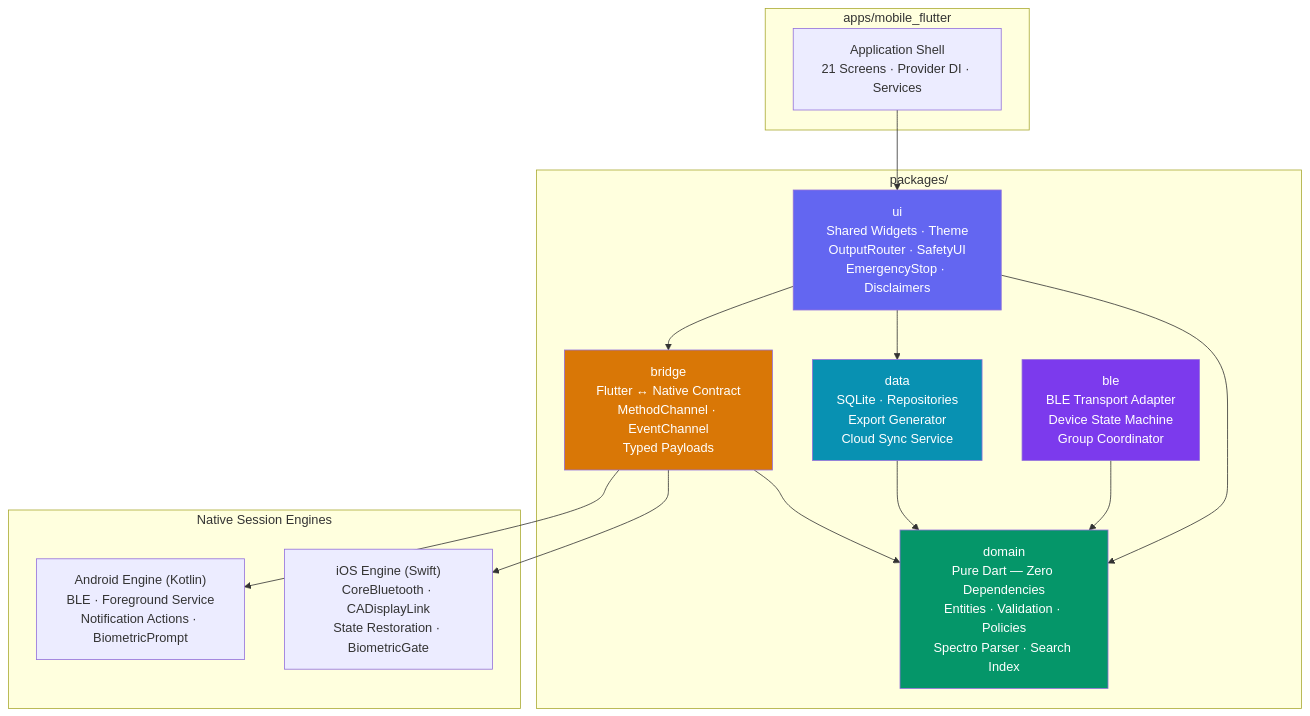
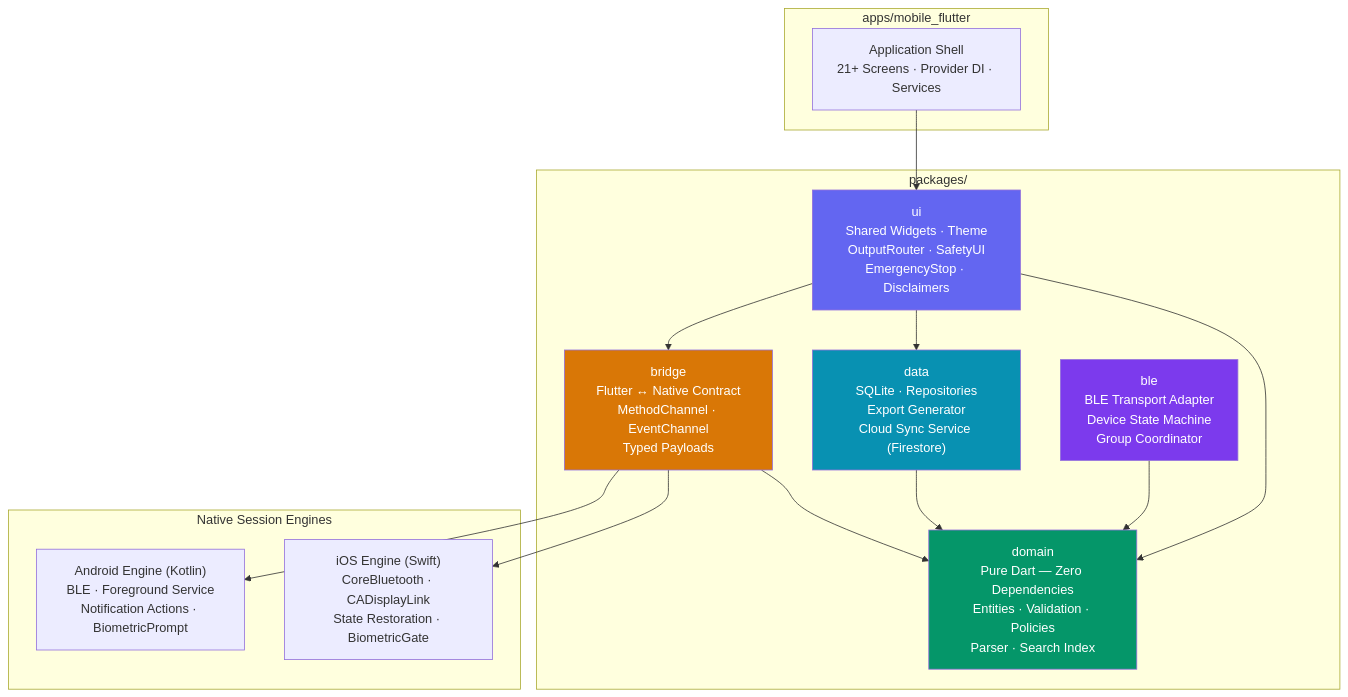
The first of 2 diagrams in LightRoutines/README.md (MILTONADINA/Private-Projects-Portfolio-Showcase), drawn with Mermaid before and after one commit. The commit also changed other lines of this file and 2 other files, not shown here.

Commit message:
Light Routines: rewrite to engineering-neutral framing, accurate test count, honest cloud-sync status

````diff
--- a/LightRoutines/README.md
+++ b/LightRoutines/README.md
@@ -49,33 +46,33 @@
 ```mermaid
 graph TB
     subgraph App["apps/mobile_flutter"]
-        AppShell["Application Shell<br/>21 Screens · Provider DI · Services"]
+        AppShell["Application Shell<br/>21+ Screens · Provider DI · Services"]
     end
 
     subgraph Packages["packages/"]
         UI["ui<br/>Shared Widgets · Theme<br/>OutputRouter · SafetyUI<br/>EmergencyStop · Disclaimers"]
-        Domain["domain<br/>Pure Dart — Zero Dependencies<br/>Entities · Validation · Policies<br/>Spectro Parser · Search Index"]
-        Data["data<br/>SQLite · Repositories<br/>Export Generator<br/>Cloud Sync Service"]
+        Domain["domain<br/>Pure Dart — Zero Dependencies<br/>Entities · Validation · Policies<br/>Parser · Search Index"]
+        Data["data<br/>SQLite · Repositories<br/>Export Generator<br/>Cloud Sync Service (Firestore)"]
         Bridge["bridge<br/>Flutter ↔ Native Contract<br/>MethodChannel · EventChannel<br/>Typed Payloads"]
         BLE["ble<br/>BLE Transport Adapter<br/>Device State Machine<br/>Group Coordinator"]
     end
 
     subgraph Native["Native Session Engines"]
         iOS["iOS Engine (Swift)<br/>CoreBluetooth · CADisplayLink<br/>State Restoration · BiometricGate"]
         Android["Android Engine (Kotlin)<br/>BLE · Foreground Service<br/>Notification Actions · BiometricPrompt"]
     end
 
     AppShell --> UI
     UI --> Domain & Data & Bridge
     Data --> Domain
     Bridge --> Domain
     BLE --> Domain
 
     Bridge --> iOS & Android
 
     style Domain fill:#059669,color:#fff
     style Data fill:#0891b2,color:#fff
     style Bridge fill:#d97706,color:#fff
     style BLE fill:#7c3aed,color:#fff
     style UI fill:#6366f1,color:#fff
 ```
````
